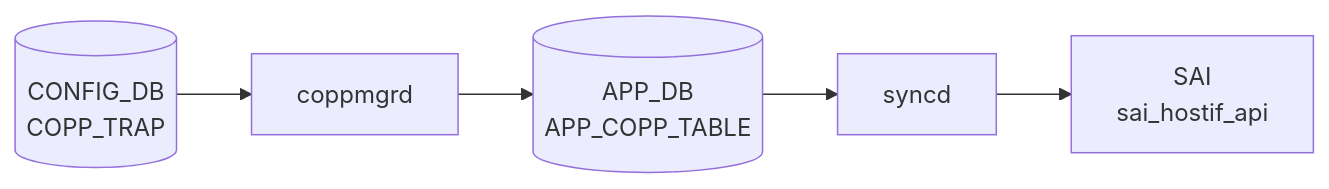
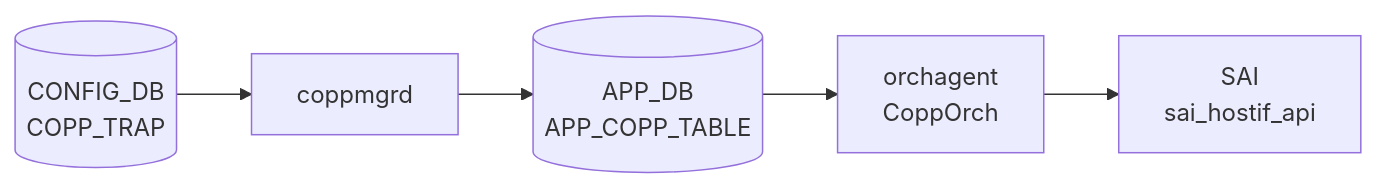
Before and after one commit to aoki-taquan/sonic-unofficial-docs: the diagram in docs/reference/config-db/copp-trap.md, drawn with Mermaid. The commit also changed other lines of this file and 17 other files, not shown here.

````diff
--- a/docs/reference/config-db/copp-trap.md
+++ b/docs/reference/config-db/copp-trap.md
@@ -31,12 +31,12 @@
 ```mermaid
 flowchart LR
   CDB[("CONFIG_DB<br/>COPP_TRAP")]
   DM["coppmgrd"]
   CDB --> DM
   APPDB[("APP_DB<br/>APP_COPP_TABLE")]
   DM --> APPDB
-  SYNCD["syncd"]
-  APPDB --> SYNCD
+  OA["orchagent<br/>CoppOrch"]
+  APPDB --> OA
   SAI["SAI<br/>sai_hostif_api"]
-  SYNCD --> SAI
+  OA --> SAI
 ```
````
